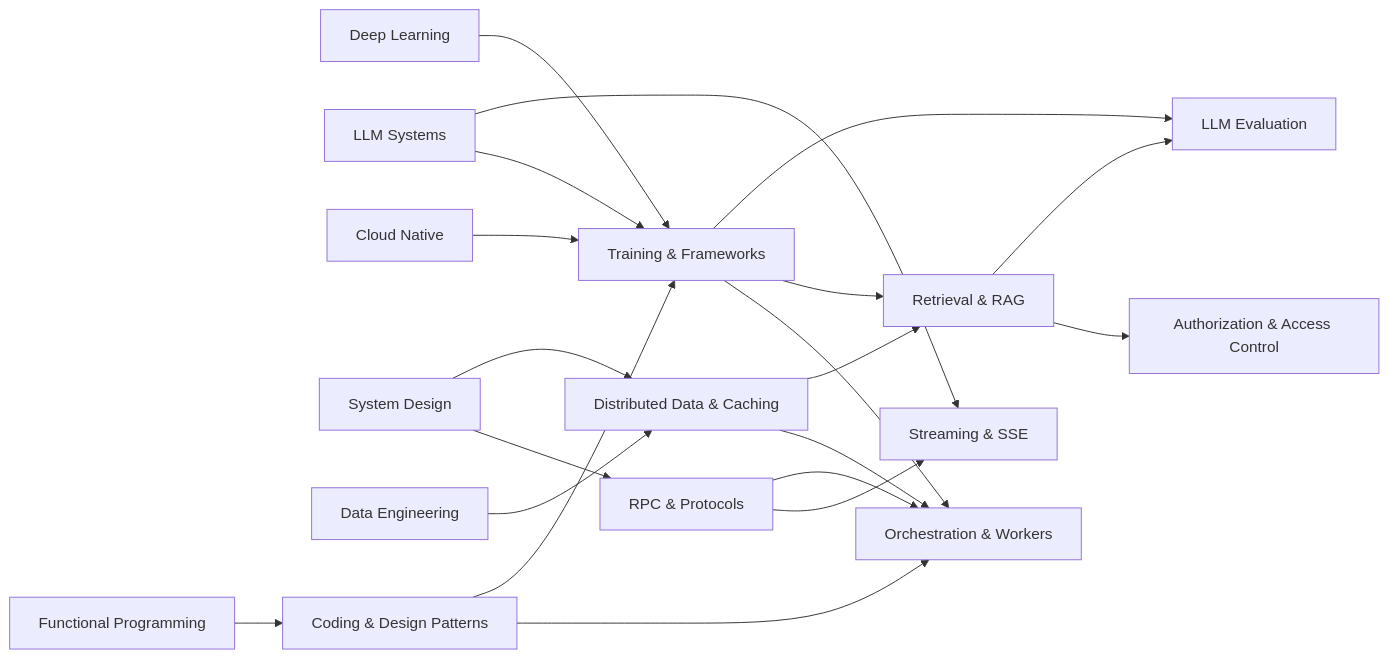
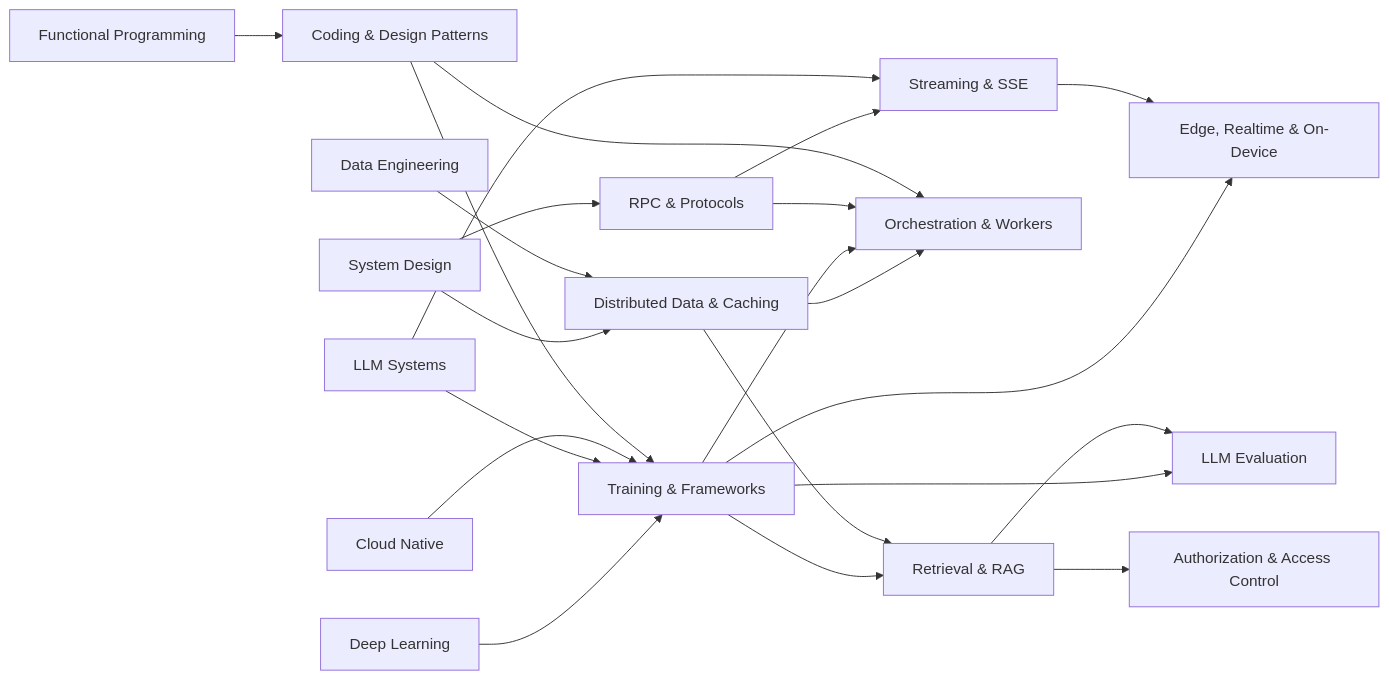
Before and after one commit to urmzd/supersource: the diagram in ai-platform-engineering/README.md, drawn with Mermaid. The commit also changed other lines of this file and 4 other files, not shown here.

First line of the commit message:
Add Edge, Realtime & On-Device Inference topic (llama.cpp + efficiency architectures)

````diff
--- a/ai-platform-engineering/README.md
+++ b/ai-platform-engineering/README.md
@@ -11,22 +11,24 @@
 ```mermaid
 graph LR
     DL[Deep Learning] --> TF[Training & Frameworks]
     LLM[LLM Systems] --> TF
     CN[Cloud Native] --> TF
     SD[System Design] --> RPC[RPC & Protocols]
     RPC --> SSE[Streaming & SSE]
     LLM --> SSE
     SD --> DDC[Distributed Data & Caching]
     DE[Data Engineering] --> DDC
     DDC --> ORC[Orchestration & Workers]
     TF --> ORC
     RPC --> ORC
     FP[Functional Programming] --> CDP[Coding & Design Patterns]
     CDP --> ORC
     CDP --> TF
     TF --> RAG[Retrieval & RAG]
     DDC --> RAG
     RAG --> AUTH[Authorization & Access Control]
     TF --> EVAL[LLM Evaluation]
     RAG --> EVAL
+    TF --> EDGE[Edge, Realtime & On-Device]
+    SSE --> EDGE
 ```
````
